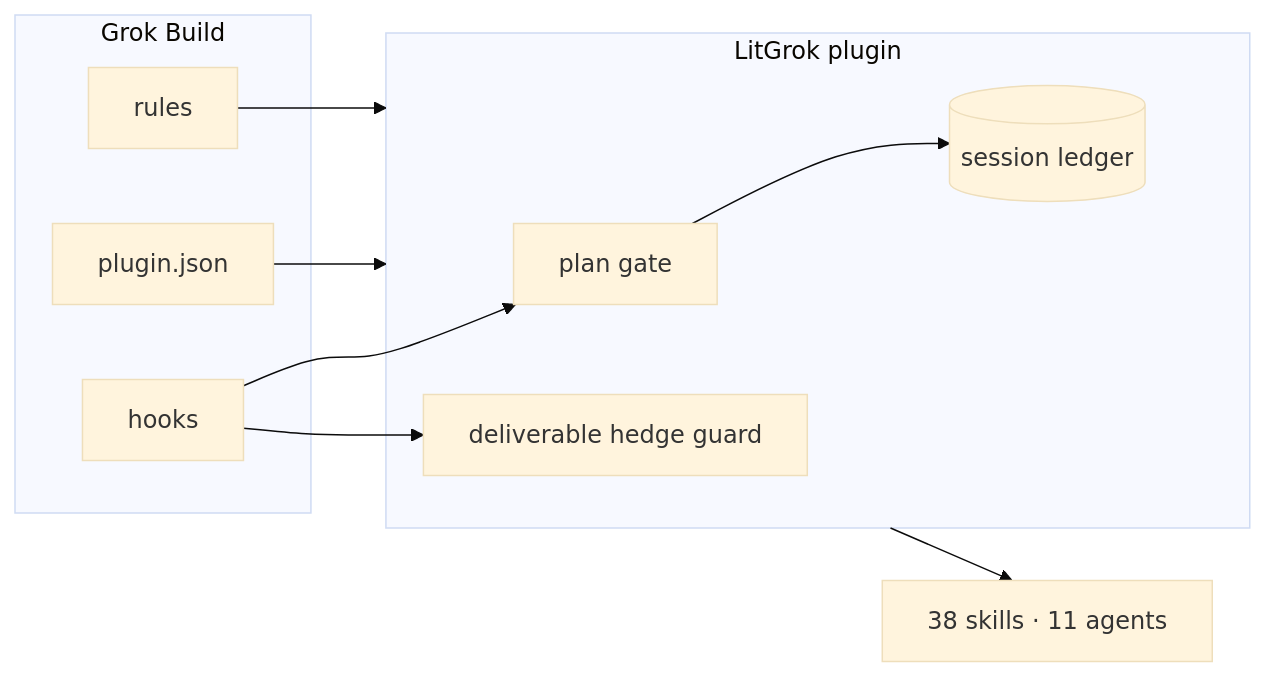
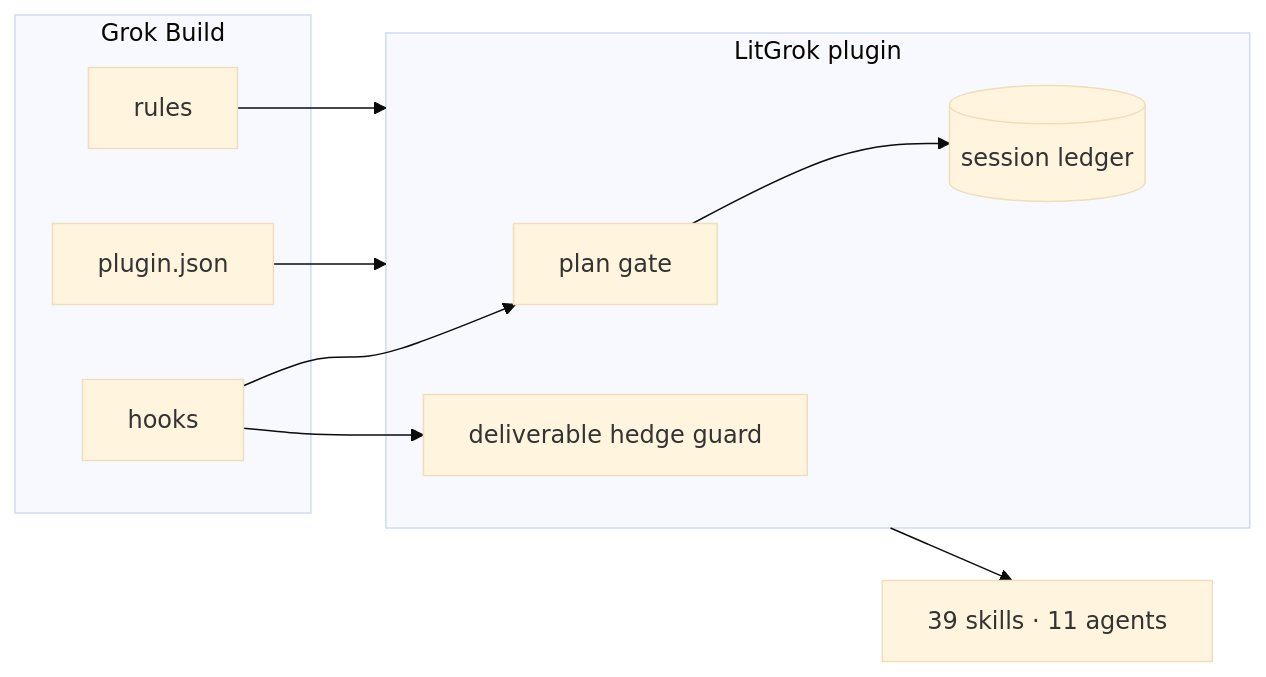
One commit to wjgoarxiv/litgrok changed the second of 3 diagrams in docs/reference.md. Above: the diagram before and after it, drawn with Mermaid (base theme). The commit also changed other lines of this file and 160 other files, not shown here.

````diff
--- a/docs/reference.md
+++ b/docs/reference.md
@@ -52,16 +55,16 @@
 ```mermaid
 flowchart LR
     subgraph GB["Grok Build"]
         PJ["plugin.json"]; HK["hooks"]; RL["rules"]
     end
     subgraph LG["LitGrok plugin"]
         PLAN["plan gate"]
         HEDGE["deliverable hedge guard"]
         LEDGER[("session ledger")]
     end
     PJ --> LG
     HK --> PLAN --> LEDGER
     HK --> HEDGE
     RL --> LG
-    LG --> S["38 skills · 11 agents"]
+    LG --> S["39 skills · 11 agents"]
 ```
````
